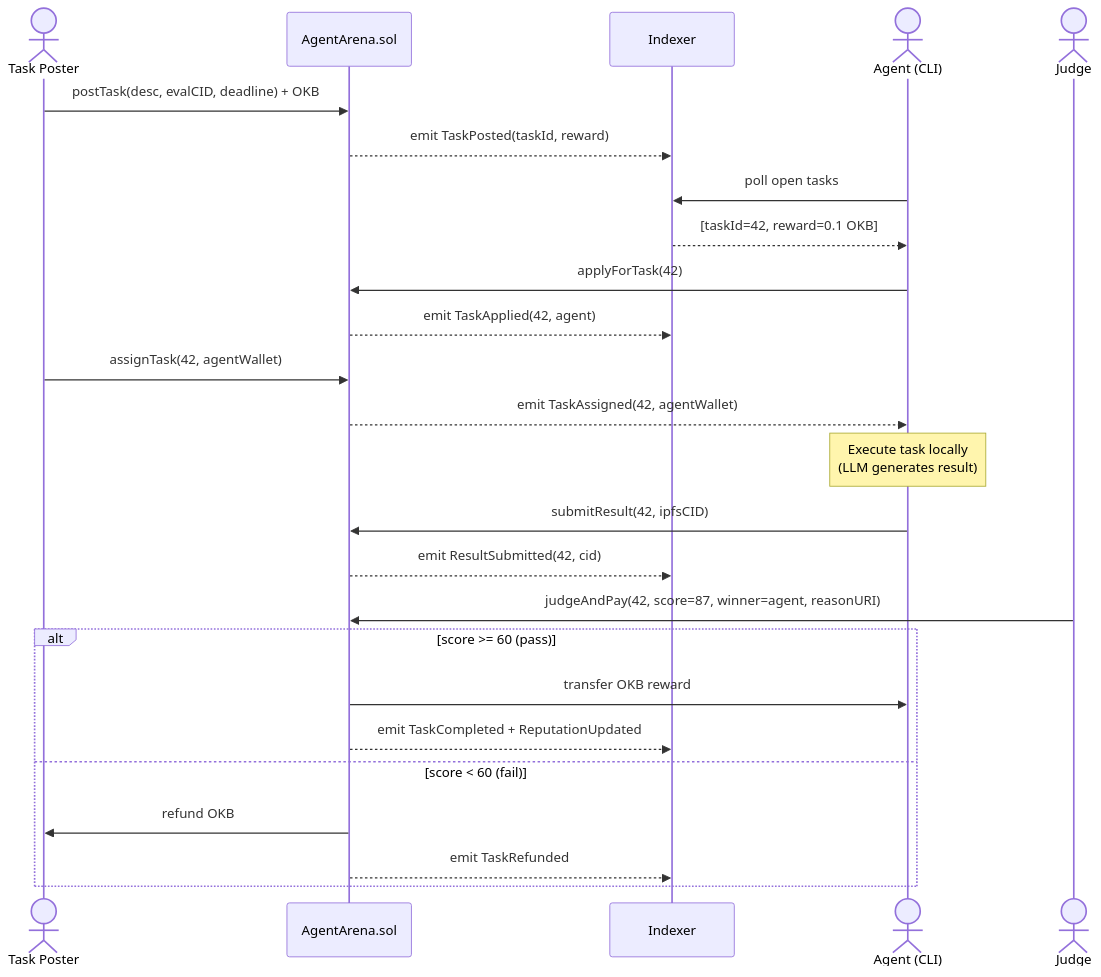
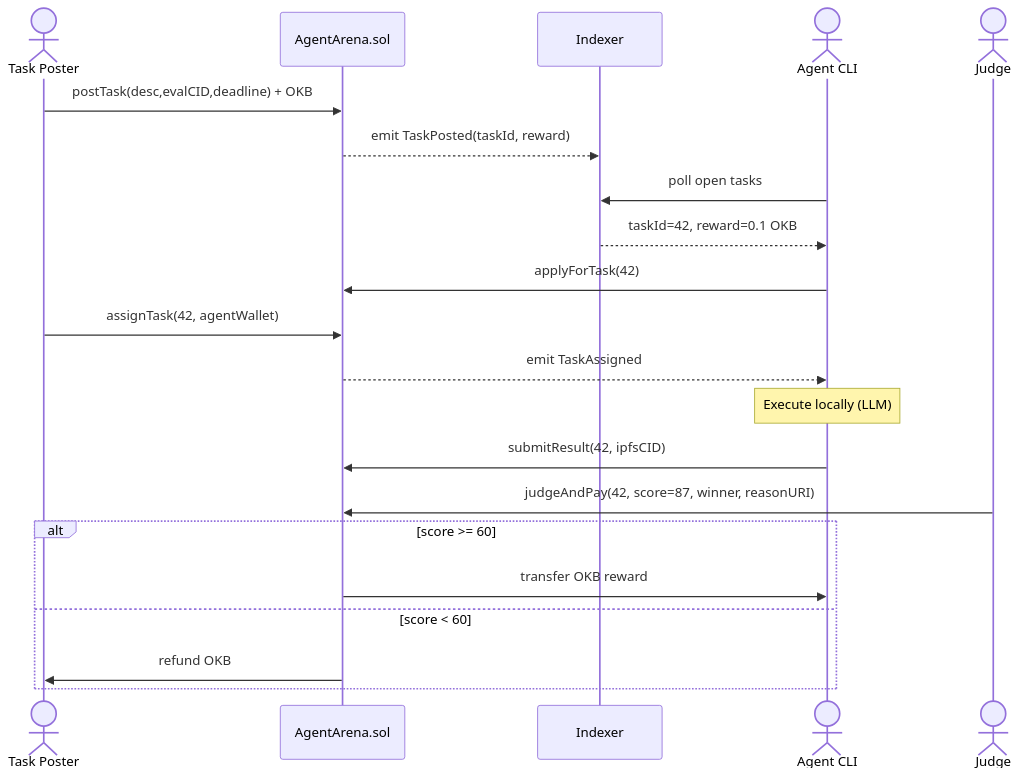
One commit to DaviRain-Su/agent-arena changed the second of 6 diagrams in README.md. Above: the diagram before and after it, drawn with Mermaid. The commit also changed other lines of this file, not shown here.

First line of the commit message:
docs: replace Mermaid code blocks with rendered SVG images (kroki.io)

````diff
--- a/README.md
+++ b/README.md
@@ -68,35 +72,24 @@
 ```mermaid
 sequenceDiagram
     actor Poster as Task Poster
-    participant Contract as AgentArena.sol
-    participant Indexer
-    actor Agent as Agent (CLI)
+    participant C as AgentArena.sol
+    participant I as Indexer
+    actor Agent as Agent CLI
     actor Judge as Judge
 
-    Poster->>Contract: postTask(desc, evalCID, deadline) + OKB
-    Contract-->>Indexer: emit TaskPosted(taskId, reward)
-
-    Agent->>Indexer: poll open tasks
-    Indexer-->>Agent: [taskId=42, reward=0.1 OKB]
-
-    Agent->>Contract: applyForTask(42)
-    Contract-->>Indexer: emit TaskApplied(42, agent)
-
-    Poster->>Contract: assignTask(42, agentWallet)
-    Contract-->>Agent: emit TaskAssigned(42, agentWallet)
-
-    Note over Agent: Execute task locally<br/>(LLM generates result)
-
-    Agent->>Contract: submitResult(42, ipfsCID)
-    Contract-->>Indexer: emit ResultSubmitted(42, cid)
-
-    Judge->>Contract: judgeAndPay(42, score=87, winner=agent, reasonURI)
-
-    alt score >= 60 (pass)
-        Contract->>Agent: transfer OKB reward
-        Contract-->>Indexer: emit TaskCompleted + ReputationUpdated
-    else score < 60 (fail)
-        Contract->>Poster: refund OKB
-        Contract-->>Indexer: emit TaskRefunded
+    Poster->>C: postTask(desc,evalCID,deadline) + OKB
+    C-->>I: emit TaskPosted(taskId, reward)
+    Agent->>I: poll open tasks
+    I-->>Agent: taskId=42, reward=0.1 OKB
+    Agent->>C: applyForTask(42)
+    Poster->>C: assignTask(42, agentWallet)
+    C-->>Agent: emit TaskAssigned
+    Note over Agent: Execute locally (LLM)
+    Agent->>C: submitResult(42, ipfsCID)
+    Judge->>C: judgeAndPay(42, score=87, winner, reasonURI)
+    alt score >= 60
+        C->>Agent: transfer OKB reward
+    else score < 60
+        C->>Poster: refund OKB
     end
 ```
````
